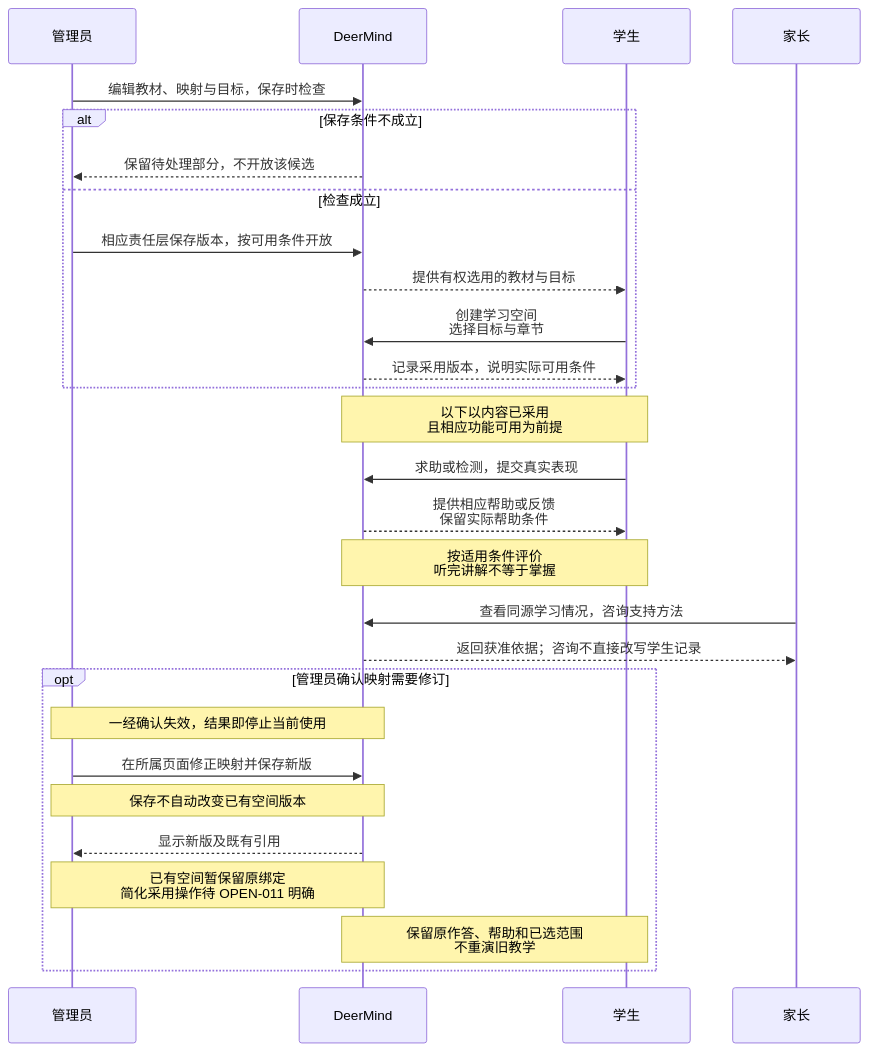
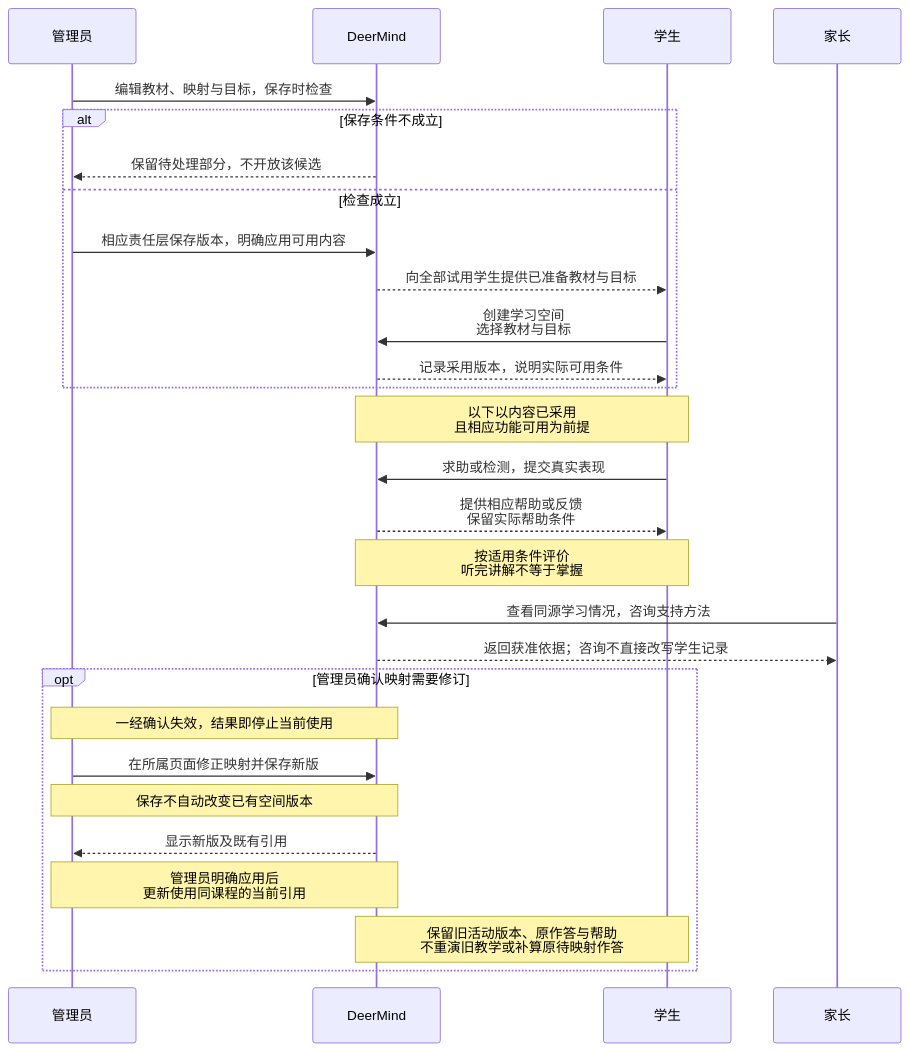
Before and after one commit to ivgotcrazy/deermind: the sixth of 6 diagrams in doc/mvp/phase-3-definition/MVP_Requirements_and_Acceptance.md, drawn with Mermaid. The commit also changed other lines of this file and 231 other files, not shown here.

````diff
--- a/doc/mvp/phase-3-definition/MVP_Requirements_and_Acceptance.md
+++ b/doc/mvp/phase-3-definition/MVP_Requirements_and_Acceptance.md
@@ -699,30 +687,30 @@
 ```mermaid
 sequenceDiagram
     participant A as 管理员
     participant D as DeerMind
     participant S as 学生
     participant P as 家长
     A->>D: 编辑教材、映射与目标，保存时检查
     alt 保存条件不成立
         D-->>A: 保留待处理部分，不开放该候选
     else 检查成立
-        A->>D: 相应责任层保存版本，按可用条件开放
-        D-->>S: 提供有权选用的教材与目标
-        S->>D: 创建学习空间<br/>选择目标与章节
+        A->>D: 相应责任层保存版本，明确应用可用内容
+        D-->>S: 向全部试用学生提供已准备教材与目标
+        S->>D: 创建学习空间<br/>选择教材与目标
         D-->>S: 记录采用版本，说明实际可用条件
     end
     Note over D,S: 以下以内容已采用<br/>且相应功能可用为前提
     S->>D: 求助或检测，提交真实表现
     D-->>S: 提供相应帮助或反馈<br/>保留实际帮助条件
     Note over D,S: 按适用条件评价<br/>听完讲解不等于掌握
     P->>D: 查看同源学习情况，咨询支持方法
     D-->>P: 返回获准依据；咨询不直接改写学生记录
     opt 管理员确认映射需要修订
         Note over A,D: 一经确认失效，结果即停止当前使用
         A->>D: 在所属页面修正映射并保存新版
         Note over A,D: 保存不自动改变已有空间版本
         D-->>A: 显示新版及既有引用
-        Note over A,D: 已有空间暂保留原绑定<br/>简化采用操作待 OPEN-011 明确
-        Note over D,S: 保留原作答、帮助和已选范围<br/>不重演旧教学
+        Note over A,D: 管理员明确应用后<br/>更新使用同课程的当前引用
+        Note over D,S: 保留旧活动版本、原作答与帮助<br/>不重演旧教学或补算原待映射作答
     end
 ```
````
